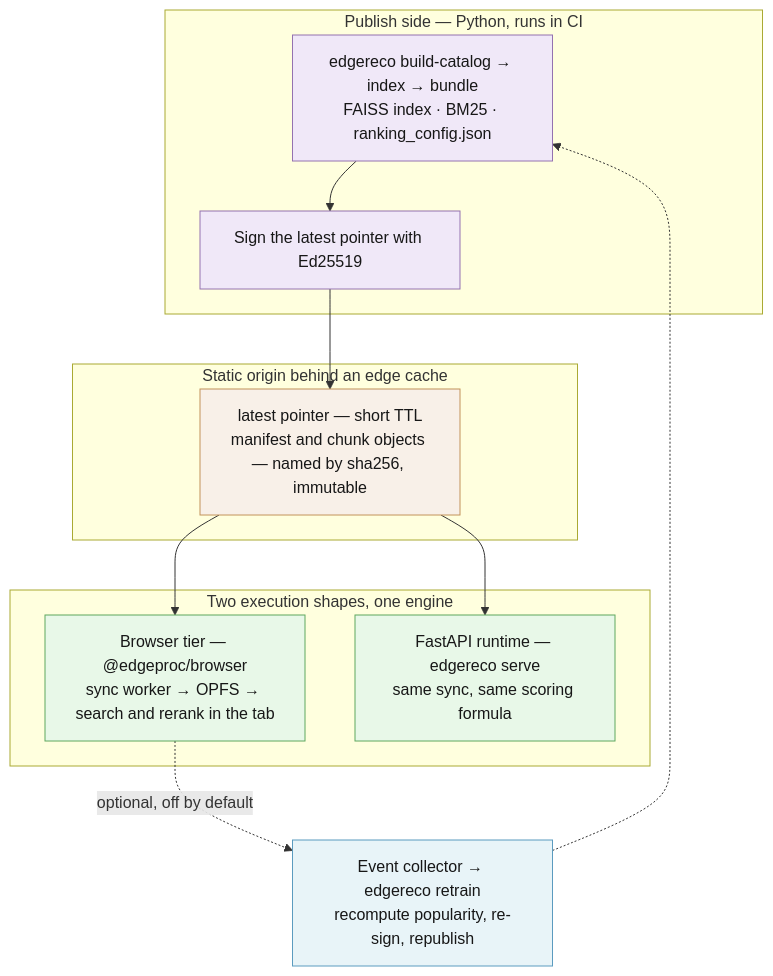
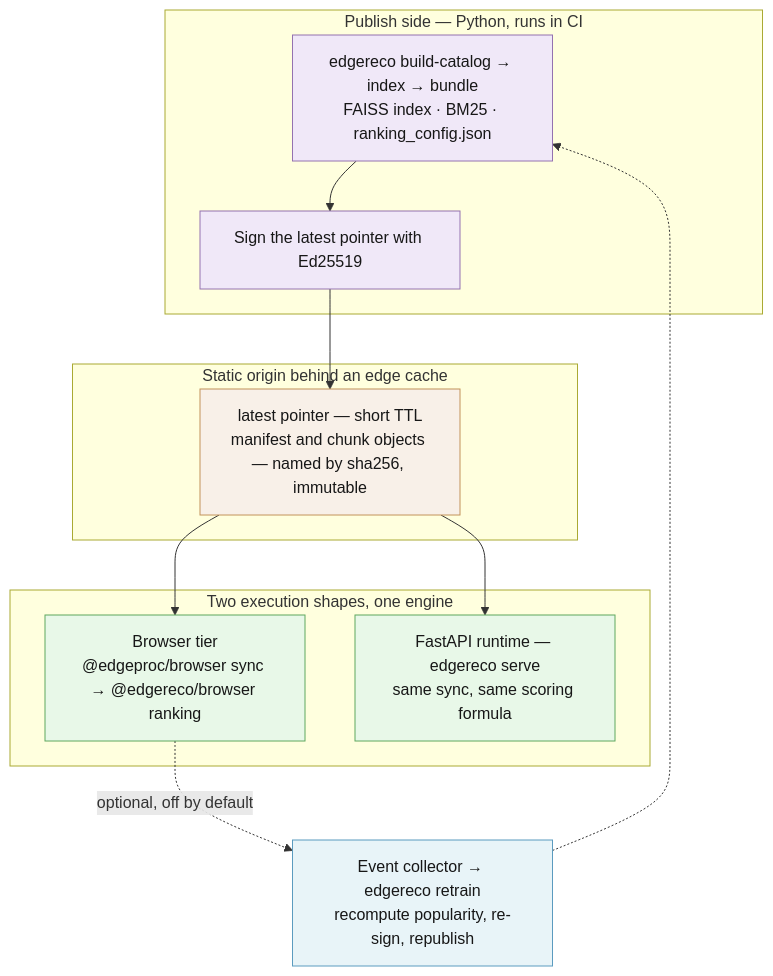
Before and after one commit to hseshadr/edge-reco: the first of 3 diagrams in docs/ARCHITECTURE.md, drawn with Mermaid. The commit also changed other lines of this file and 939 other files, not shown here.

````diff
--- a/docs/ARCHITECTURE.md
+++ b/docs/ARCHITECTURE.md
@@ -25,31 +27,31 @@
 ```mermaid
 flowchart TB
   subgraph publish["Publish side — Python, runs in CI"]
     build["edgereco build-catalog → index → bundle<br>FAISS index · BM25 · ranking_config.json"]
     sign["Sign the latest pointer with Ed25519"]
   end
 
   subgraph serve["Static origin behind an edge cache"]
     origin["latest pointer — short TTL<br>manifest and chunk objects — named by sha256, immutable"]
   end
 
   subgraph consumers["Two execution shapes, one engine"]
-    browser["Browser tier — @edgeproc/browser<br>sync worker → OPFS → search and rerank in the tab"]
+    browser["Browser tier<br>@edgeproc/browser sync → @edgereco/browser ranking"]
     api["FastAPI runtime — edgereco serve<br>same sync, same scoring formula"]
   end
 
   build --> sign --> origin
   origin --> browser
   origin --> api
   browser -.->|"optional, off by default"| events["Event collector → edgereco retrain<br>recompute popularity, re-sign, republish"]
   events -.-> build
 
   classDef pub fill:#f0e8f8,stroke:#9472b0,color:#171717;
   classDef cdn fill:#f8f0e8,stroke:#c2925a,color:#171717;
   classDef local fill:#e8f8e8,stroke:#5fa85f,color:#171717;
   classDef opt fill:#e8f4f8,stroke:#5b9bbf,color:#171717;
   class build,sign pub;
   class origin cdn;
   class browser,api local;
   class events opt;
 ```
````
